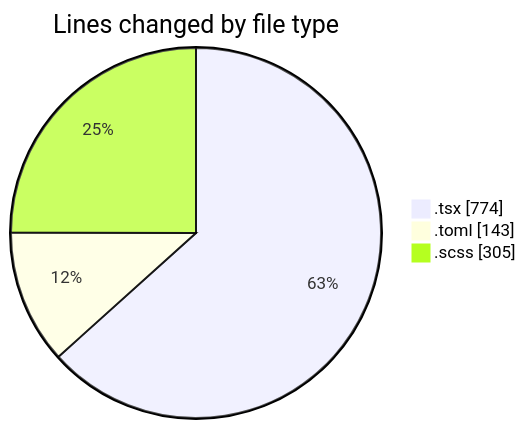
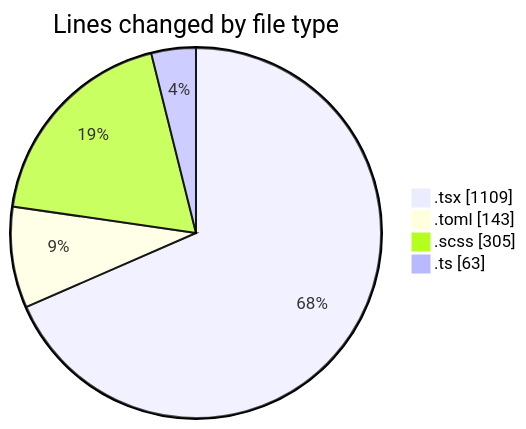
The first of 2 diagrams in 2026-11-02/cda/README.md (momahboobian/code-tracking), drawn with Mermaid before and after one commit. The commit also changed other lines of this file and 1 other file, not shown here.

````diff
--- a/2026-11-02/cda/README.md
+++ b/2026-11-02/cda/README.md
@@ -24,7 +28,8 @@
 ```mermaid
 pie showData
 title Lines changed by file type
-".tsx" : 774
+".tsx" : 1109
 ".toml" : 143
 ".scss" : 305
+".ts" : 63
 ```
````
